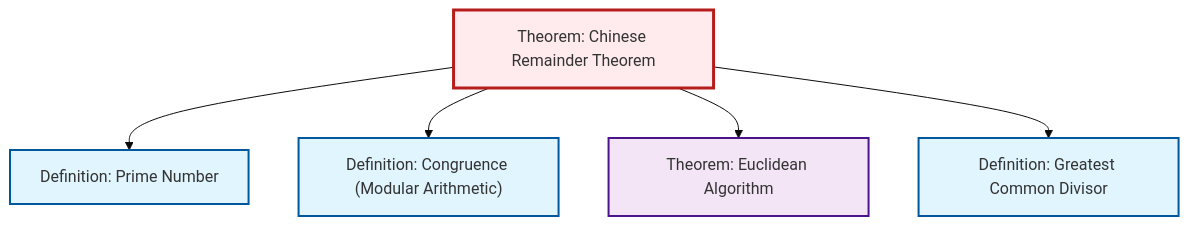
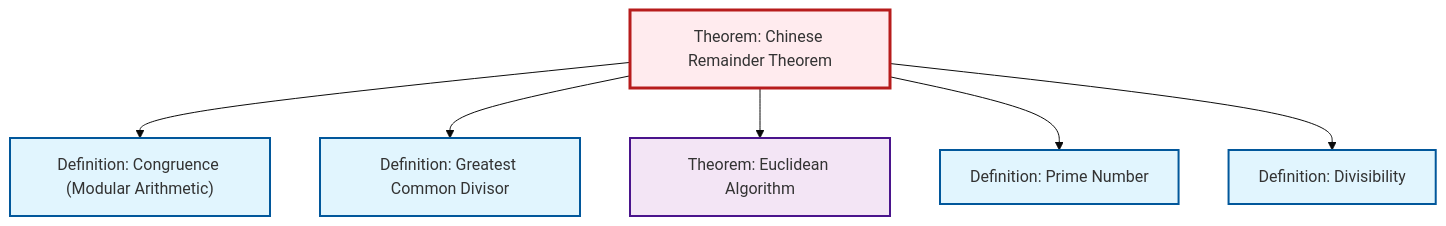
Before and after one commit to RK0429/ModernMath: the diagram in content/en/number-theory/thm-chinese-remainder.qmd, drawn with Mermaid (base theme). The commit also changed 531 other files, not shown here.

````diff
--- a/content/en/number-theory/thm-chinese-remainder.qmd
+++ b/content/en/number-theory/thm-chinese-remainder.qmd
@@ -88,23 +88,26 @@
 ```{mermaid}
 %%| fig-cap: "Local dependency graph"
 graph TD
     classDef definition fill:#e1f5fe,stroke:#01579b,stroke-width:2px
     classDef theorem fill:#f3e5f5,stroke:#4a148c,stroke-width:2px
     classDef axiom fill:#fff3e0,stroke:#e65100,stroke-width:2px
     classDef example fill:#e8f5e9,stroke:#1b5e20,stroke-width:2px
     classDef current fill:#ffebee,stroke:#b71c1c,stroke-width:3px
+    thm-chinese-remainder["Theorem: Chinese Remainder Theorem"]:::theorem
+    def-divisibility["Definition: Divisibility"]:::definition
+    def-congruence["Definition: Congruence (Modular Arithmetic)"]:::definition
+    def-gcd["Definition: Greatest Common Divisor"]:::definition
     def-prime["Definition: Prime Number"]:::definition
-    def-gcd["Definition: Greatest Common Divisor"]:::definition
-    thm-chinese-remainder["Theorem: Chinese Remainder Theorem"]:::theorem
     thm-euclidean-algorithm["Theorem: Euclidean Algorithm"]:::theorem
-    def-congruence["Definition: Congruence (Modular Arithmetic)"]:::definition
+    thm-chinese-remainder --> def-congruence
+    thm-chinese-remainder --> def-gcd
+    thm-chinese-remainder --> thm-euclidean-algorithm
     thm-chinese-remainder --> def-prime
-    thm-chinese-remainder --> def-congruence
-    thm-chinese-remainder --> thm-euclidean-algorithm
-    thm-chinese-remainder --> def-gcd
+    thm-chinese-remainder --> def-divisibility
     class thm-chinese-remainder current
+    click def-divisibility "def-divisibility.html" "Go to Divisibility definition"
+    click def-congruence "def-congruence.html" "Go to Congruence (Modular Arithmetic) definition"
+    click def-gcd "def-gcd.html" "Go to Greatest Common Divisor definition"
     click def-prime "def-prime.html" "Go to Prime Number definition"
-    click def-gcd "def-gcd.html" "Go to Greatest Common Divisor definition"
     click thm-euclidean-algorithm "thm-euclidean-algorithm.html" "Go to Euclidean Algorithm theorem"
-    click def-congruence "def-congruence.html" "Go to Congruence (Modular Arithmetic) definition"
 ```
````
